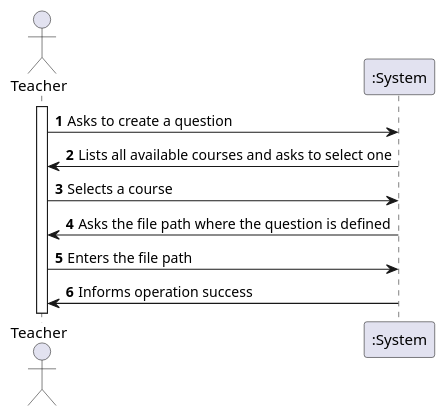
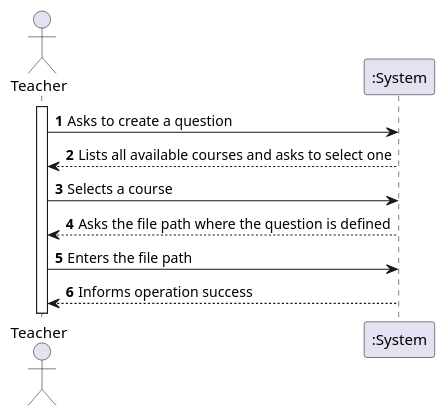
Before and after one commit to miseEnPlace-dev/lapr4: the diagram in docs/sprint-b/us20-2007/US2007_SSD.puml, drawn with PlantUML. The commit also changed 1 other file, not shown here.

```diff
--- a/docs/sprint-b/us20-2007/US2007_SSD.puml
+++ b/docs/sprint-b/us20-2007/US2007_SSD.puml
@@ -1,16 +1,16 @@
 @startuml US2007_SSD
 autonumber
 
 actor "Teacher" as TEACHER
 participant ":System" as SYS
 
 activate TEACHER
 
 TEACHER -> SYS : Asks to create a question
-SYS -> TEACHER : Lists all available courses and asks to select one
+SYS --> TEACHER : Lists all available courses and asks to select one
 TEACHER -> SYS : Selects a course
-SYS -> TEACHER : Asks the file path where the question is defined
+SYS --> TEACHER : Asks the file path where the question is defined
 TEACHER -> SYS : Enters the file path
-SYS -> TEACHER : Informs operation success
+SYS --> TEACHER : Informs operation success
 
 @enduml
```
